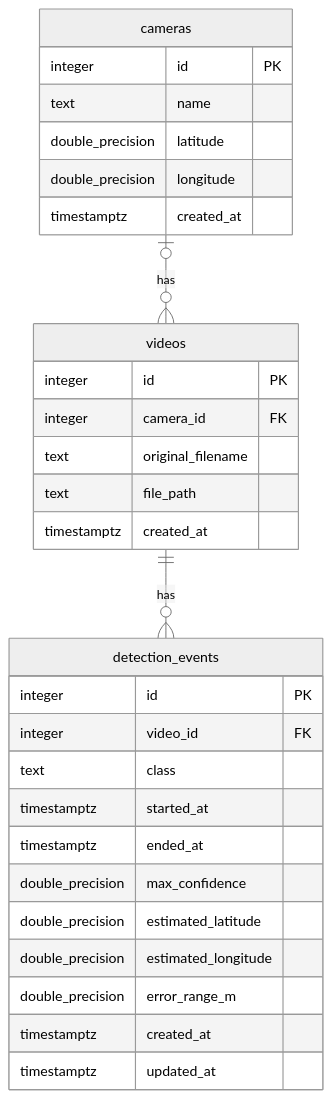
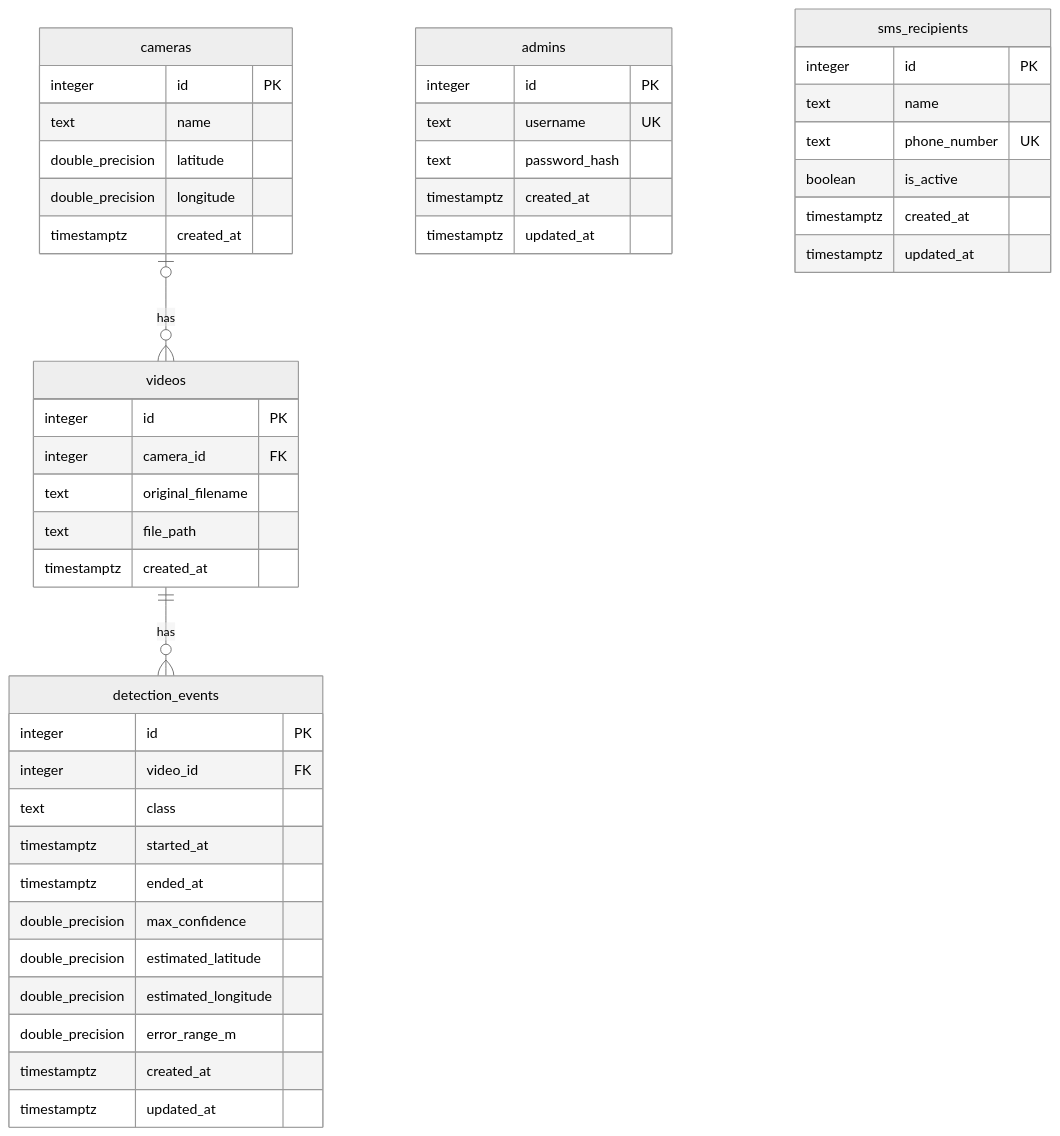
One commit to KNU-FireGuard/wildfire-detection-geolocation changed the diagram in docs/DATABASE.md. Above: the diagram before and after it, drawn with Mermaid (neutral theme). The commit also changed other lines of this file and 9 other files, not shown here.

````diff
--- a/docs/DATABASE.md
+++ b/docs/DATABASE.md
@@ -9,33 +14,48 @@
 ```mermaid
 erDiagram
     cameras |o--o{ videos : has
     videos ||--o{ detection_events : has
 
     cameras {
         integer id PK
         text name
         double_precision latitude
         double_precision longitude
         timestamptz created_at
     }
     videos {
         integer id PK
         integer camera_id FK
         text original_filename
         text file_path
         timestamptz created_at
     }
     detection_events {
         integer id PK
         integer video_id FK
         text class
         timestamptz started_at
         timestamptz ended_at
         double_precision max_confidence
         double_precision estimated_latitude
         double_precision estimated_longitude
         double_precision error_range_m
         timestamptz created_at
         timestamptz updated_at
     }
+    admins {
+        integer id PK
+        text username UK
+        text password_hash
+        timestamptz created_at
+        timestamptz updated_at
+    }
+    sms_recipients {
+        integer id PK
+        text name
+        text phone_number UK
+        boolean is_active
+        timestamptz created_at
+        timestamptz updated_at
+    }
 ```
````
